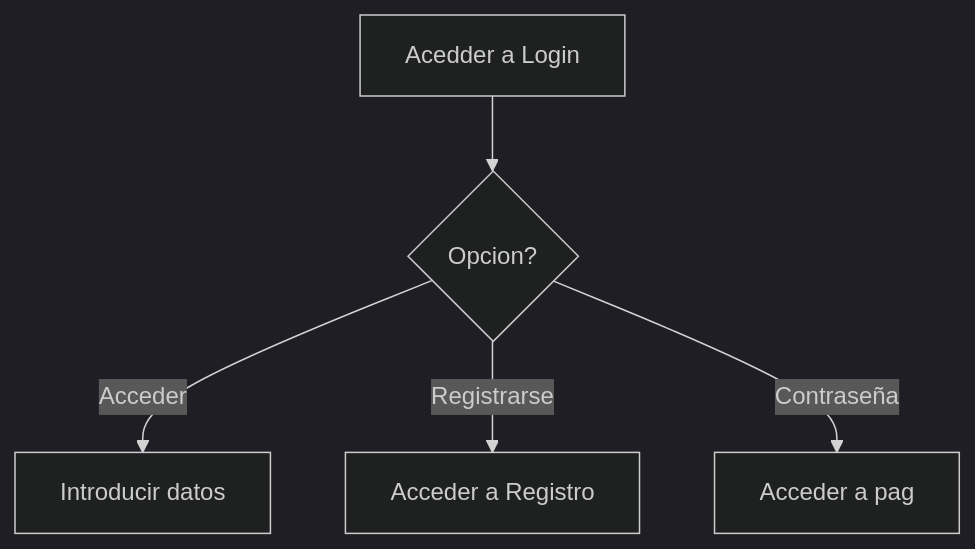
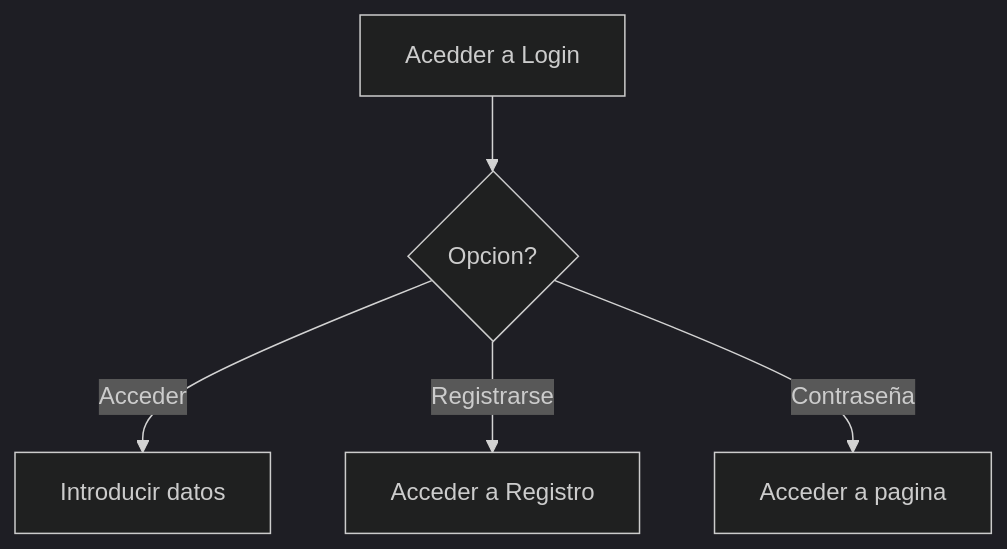
The sixth of 6 diagrams in README.md (Jiza18/UML), drawn with Mermaid (dark theme) before and after one commit. The commit also changed other lines of this file, not shown here.

````diff
--- a/README.md
+++ b/README.md
@@ -98,7 +98,7 @@
 ```mermaid
 flowchart TD
 pd[Acedder a Login] --> dv{Opcion?}
 dv -->|Acceder| idatos[Introducir datos] 
 dv -->|Registrarse| pagReg[Acceder a Registro]
-dv -->|Contraseña| pagCon[Acceder a pag]
+dv -->|Contraseña| pagCon[Acceder a pagina]
 ```
````
